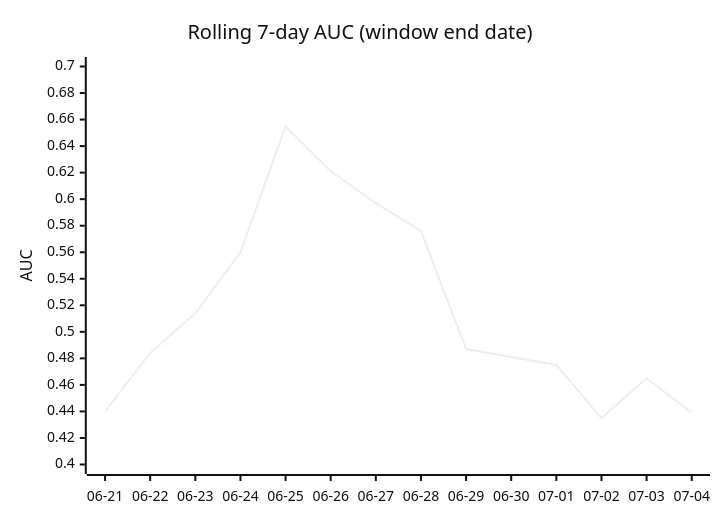
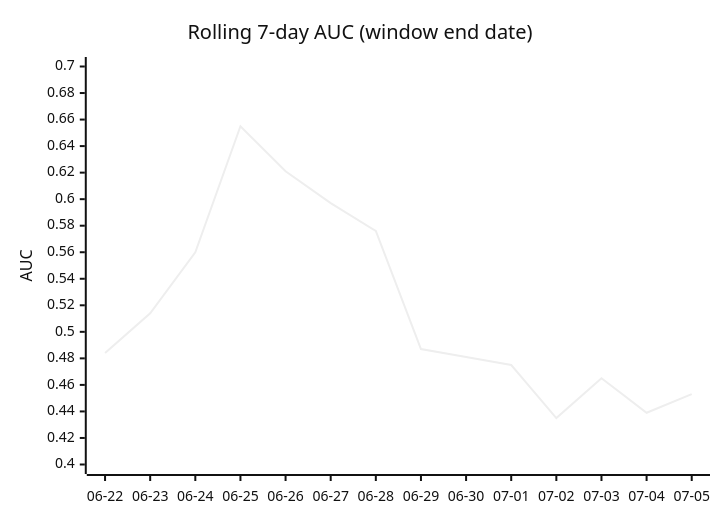
One commit to dpk1212/nhl-savant changed the fourth of 5 diagrams in DAILY_AGSU_REPORT.md. Above: the diagram before and after it, drawn with Mermaid (neutral theme). The commit also changed other lines of this file, not shown here.

````diff
--- a/DAILY_AGSU_REPORT.md
+++ b/DAILY_AGSU_REPORT.md
@@ -533,7 +535,7 @@
 ```mermaid
 xychart-beta
     title "Rolling 7-day AUC (window end date)"
-    x-axis ["06-21", "06-22", "06-23", "06-24", "06-25", "06-26", "06-27", "06-28", "06-29", "06-30", "07-01", "07-02", "07-03", "07-04"]
+    x-axis ["06-22", "06-23", "06-24", "06-25", "06-26", "06-27", "06-28", "06-29", "06-30", "07-01", "07-02", "07-03", "07-04", "07-05"]
     y-axis "AUC" 0.4 --> 0.7
-    line [0.44, 0.484, 0.514, 0.56, 0.655, 0.621, 0.597, 0.576, 0.487, 0.481, 0.475, 0.435, 0.465, 0.439]
+    line [0.484, 0.514, 0.56, 0.655, 0.621, 0.597, 0.576, 0.487, 0.481, 0.475, 0.435, 0.465, 0.439, 0.453]
 ```
````
